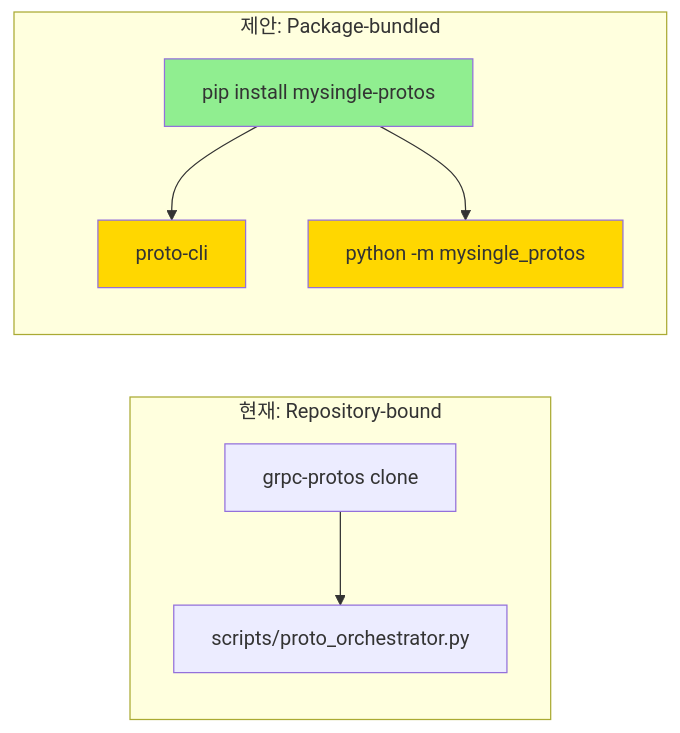
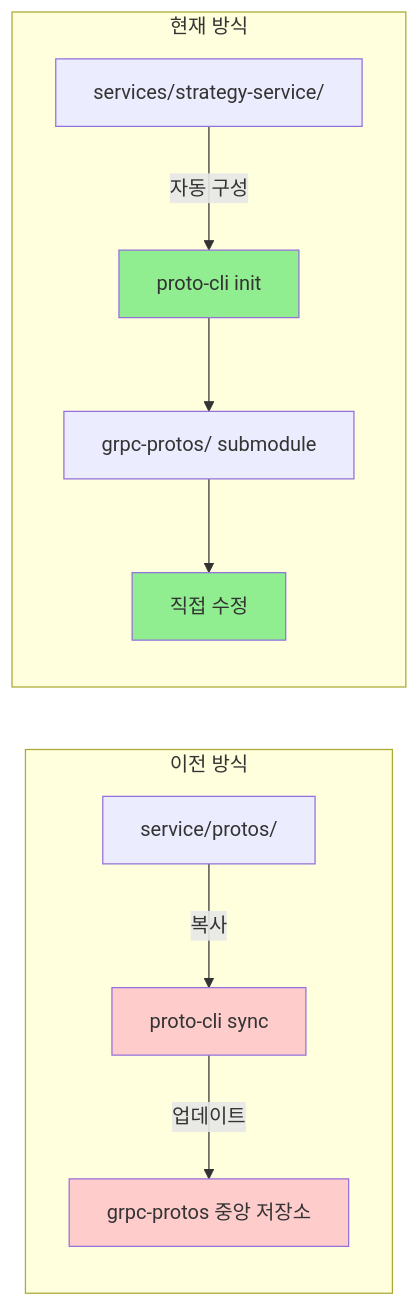
The seventh of 12 diagrams in docs/COLLABORATIVE_WORKFLOW_DESIGN.md (Br0therDan/grpc-protos), drawn with Mermaid before and after one commit. The commit also changed other lines of this file and 10 other files, not shown here.

First line of the commit message:
feat: remove deprecated proto_orchestrator.py and enhance CLI tools

````diff
--- a/docs/COLLABORATIVE_WORKFLOW_DESIGN.md
+++ b/docs/COLLABORATIVE_WORKFLOW_DESIGN.md
@@ -354,22 +315,27 @@
 ```mermaid
 graph LR
-    subgraph "현재: Repository-bound"
-        REPO1[grpc-protos clone]
-        SCRIPT1[scripts/proto_orchestrator.py]
+    subgraph OLD ["이전 방식"]
+        REPO1[grpc-protos 중앙 저장소]
+        SERVICE1[service/protos/]
+        SYNC[proto-cli sync]
         
-        REPO1 --> SCRIPT1
+        SERVICE1 -->|복사| SYNC
+        SYNC -->|업데이트| REPO1
     end
     
-    subgraph "제안: Package-bundled"
-        INSTALL[pip install mysingle-protos]
-        CLI_CMD[proto-cli]
-        PYTHON_M[python -m mysingle_protos]
+    subgraph NEW ["현재 방식"]
+        SERVICE2[services/strategy-service/]
+        SUBMOD[grpc-protos/ submodule]
+        INIT[proto-cli init]
+        DIRECT[직접 수정]
         
-        INSTALL --> CLI_CMD
-        INSTALL --> PYTHON_M
+        SERVICE2 -->|자동 구성| INIT
+        INIT --> SUBMOD
+        SUBMOD --> DIRECT
     end
     
-    style INSTALL fill:#90EE90
-    style CLI_CMD fill:#FFD700
-    style PYTHON_M fill:#FFD700
+    style REPO1 fill:#ffcccc
+    style SYNC fill:#ffcccc
+    style INIT fill:#90EE90
+    style DIRECT fill:#90EE90
 ```
````
